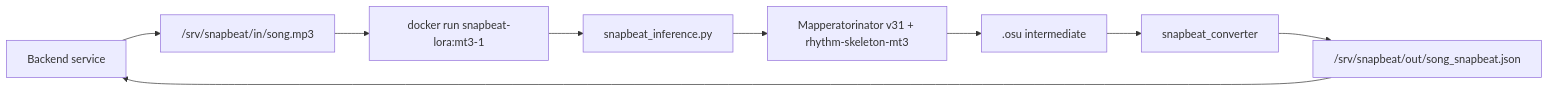
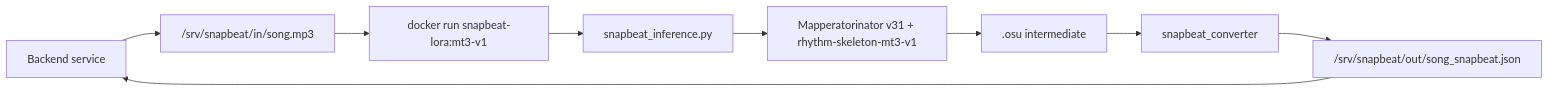
The diagram in docs/SNAPBEAT_DEPLOY_OPTION_A.md (lukasnorland/Mapperatorinator), drawn with Mermaid before and after one commit. The commit also changed other lines of this file and 1 other file, not shown here.

First line of the commit message:
Adapt deploy pipeline to rhythm-skeleton-mt3-v1

````diff
--- a/docs/SNAPBEAT_DEPLOY_OPTION_A.md
+++ b/docs/SNAPBEAT_DEPLOY_OPTION_A.md
@@ -265,15 +310,15 @@
 ```mermaid
 flowchart LR
   backend["Backend service"]
   audioIn["/srv/snapbeat/in/song.mp3"]
-  docker["docker run snapbeat-lora:mt3-1"]
+  docker["docker run snapbeat-lora:mt3-v1"]
   entrypoint["snapbeat_inference.py"]
-  model["Mapperatorinator v31 + rhythm-skeleton-mt3"]
+  model["Mapperatorinator v31 + rhythm-skeleton-mt3-v1"]
   osu[".osu intermediate"]
   converter["snapbeat_converter"]
   jsonOut["/srv/snapbeat/out/song_snapbeat.json"]
 
   backend --> audioIn --> docker --> entrypoint
   entrypoint --> model --> osu --> converter --> jsonOut
   jsonOut --> backend
 ```
````
